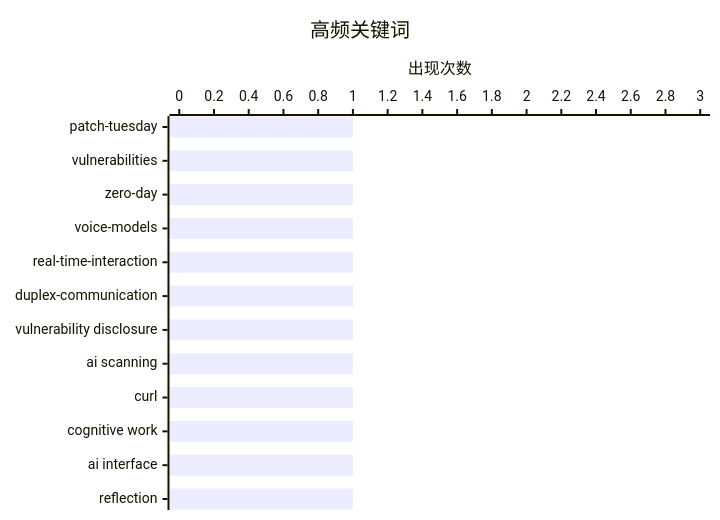
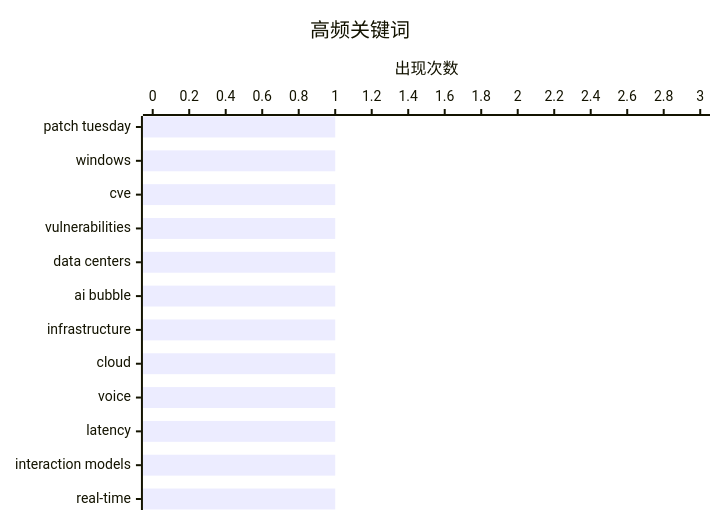
The second of 2 diagrams in content/ai-daily/2026-05-13.md (originem0/SZBlog), drawn with Mermaid before and after one commit. The commit also changed other lines of this file, not shown here.

````diff
--- a/content/ai-daily/2026-05-13.md
+++ b/content/ai-daily/2026-05-13.md
@@ -59,7 +60,7 @@
 ```mermaid
 xychart-beta horizontal
     title "高频关键词"
-    x-axis ["patch-tuesday", "vulnerabilities", "zero-day", "voice-models", "real-time-interaction", "duplex-communication", "vulnerability disclosure", "ai scanning", "curl", "cognitive work", "ai interface", "reflection"]
+    x-axis ["patch tuesday", "windows", "cve", "vulnerabilities", "data centers", "ai bubble", "infrastructure", "cloud", "voice", "latency", "interaction models", "real-time"]
     y-axis "出现次数" 0 --> 3
     bar [1, 1, 1, 1, 1, 1, 1, 1, 1, 1, 1, 1]
 ```
````
